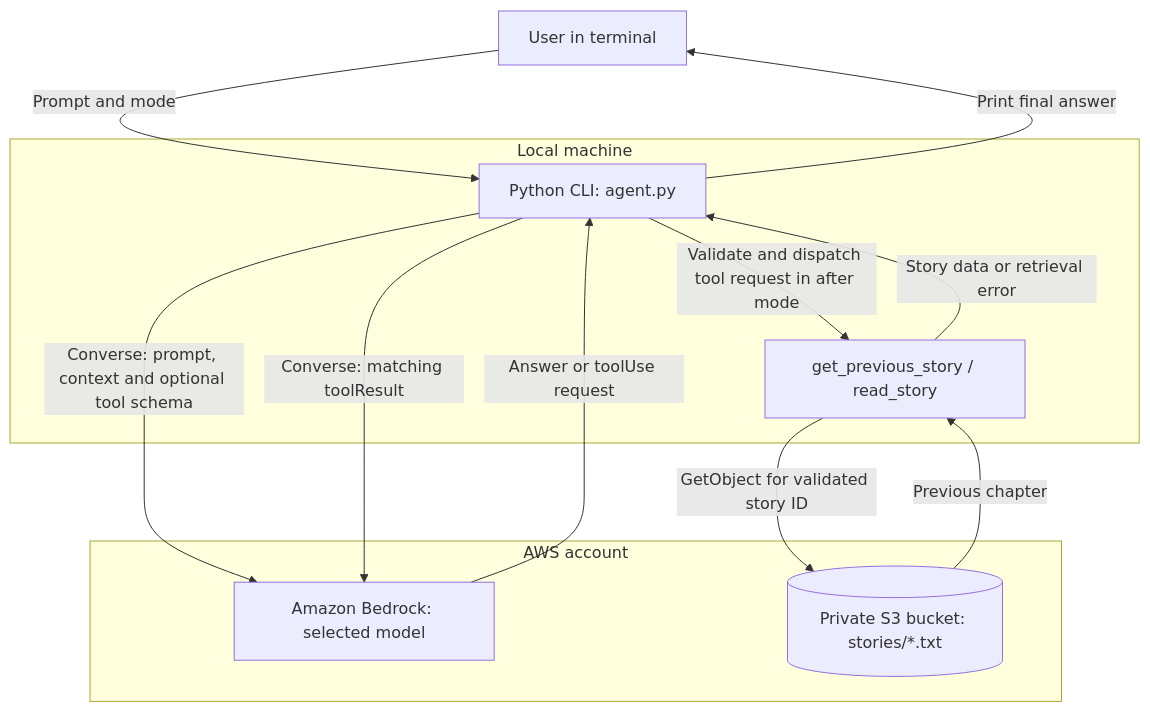
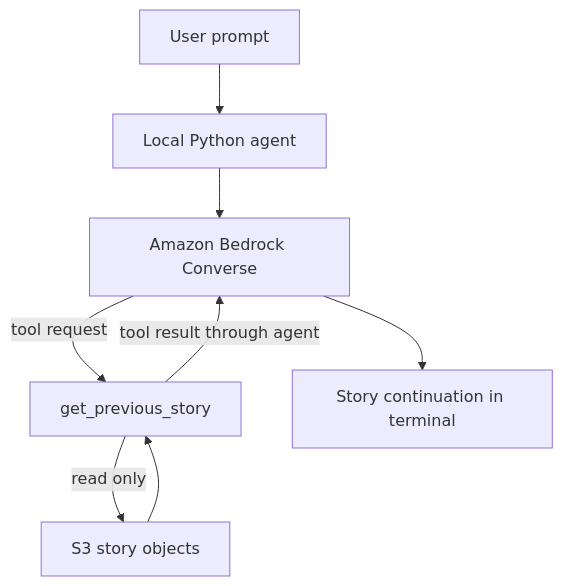
Before and after one commit to mtzanida/bousbi-remembers: the diagram in README.md, drawn with Mermaid. The commit also changed other lines of this file, not shown here.

Commit message:
docs: add concise overview and architecture diagram

````diff
--- a/README.md
+++ b/README.md
@@ -17,21 +9,10 @@
 ```mermaid
 flowchart TD
-    User["User in terminal"]
-    subgraph Local["Local machine"]
-        Agent["Python CLI: agent.py"]
-        Tool["get_previous_story / read_story"]
-    end
-    subgraph AWS["AWS account"]
-        Bedrock["Amazon Bedrock: selected model"]
-        S3[("Private S3 bucket: stories/*.txt")]
-    end
-    User -->|"Prompt and mode"| Agent
-    Agent -->|"Converse: prompt, context and optional tool schema"| Bedrock
-    Bedrock -->|"Answer or toolUse request"| Agent
-    Agent -->|"Validate and dispatch tool request in after mode"| Tool
-    Tool -->|"GetObject for validated story ID"| S3
-    S3 -->|"Previous chapter"| Tool
-    Tool -->|"Story data or retrieval error"| Agent
-    Agent -->|"Converse: matching toolResult"| Bedrock
-    Agent -->|"Print final answer"| User
+  Prompt["User prompt"] --> Agent["Local Python agent"]
+  Agent --> Model["Amazon Bedrock Converse"]
+  Model -->|tool request| Tool["get_previous_story"]
+  Tool -->|read only| Store["S3 story objects"]
+  Store --> Tool
+  Tool -->|tool result through agent| Model
+  Model --> Answer["Story continuation in terminal"]
 ```
````
